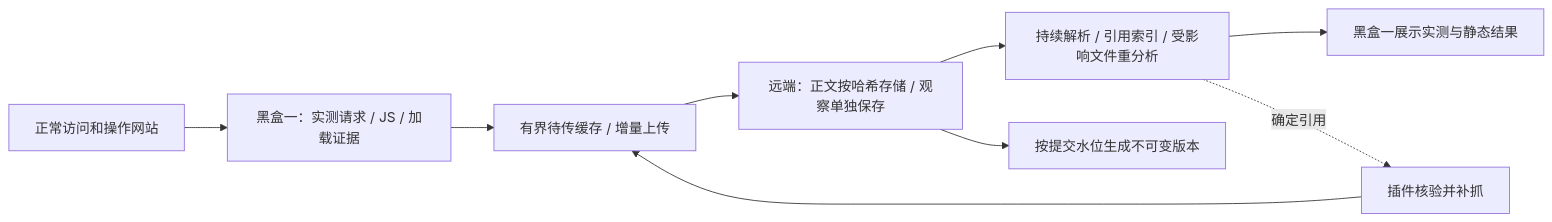
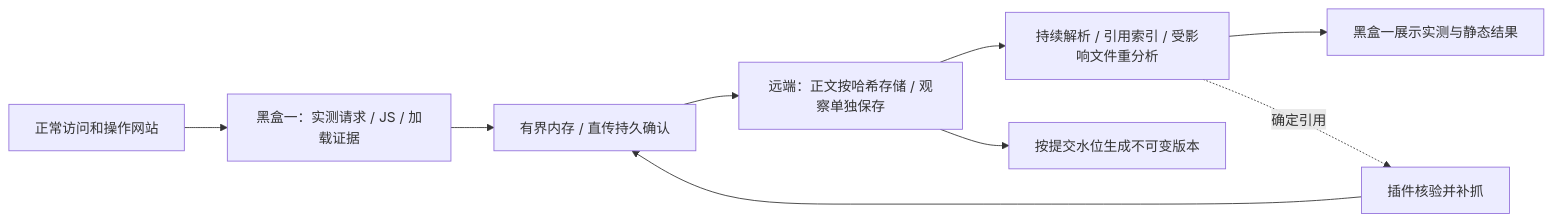
Before and after one commit to luohaijiang789/js-security: the diagram in website-js-extractor/docs/design.md, drawn with Mermaid. The commit also changed other lines of this file and 28 other files, not shown here.

````diff
--- a/website-js-extractor/docs/design.md
+++ b/website-js-extractor/docs/design.md
@@ -7,11 +7,11 @@
 ```mermaid
 flowchart LR
     A[正常访问和操作网站] --> B[黑盒一：实测请求 / JS / 加载证据]
-    B --> C[有界待传缓存 / 增量上传]
+    B --> C[有界内存 / 直传持久确认]
     C --> D[远端：正文按哈希存储 / 观察单独保存]
     D --> E[持续解析 / 引用索引 / 受影响文件重分析]
     E --> F[黑盒一展示实测与静态结果]
     D --> G[按提交水位生成不可变版本]
     E -. 确定引用 .-> H[插件核验并补抓]
     H --> C
 ```
````
